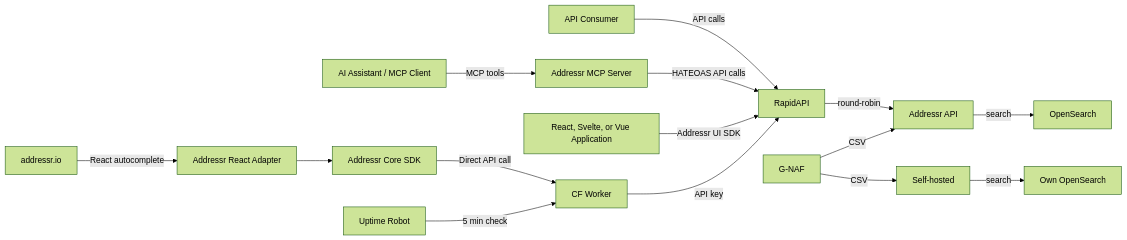
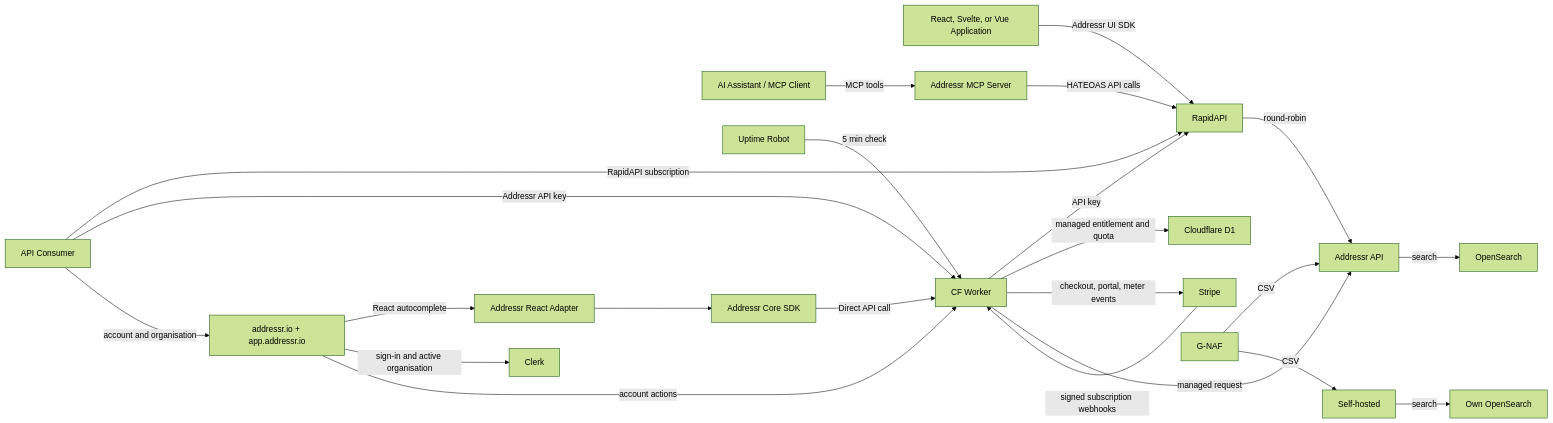
The first of 7 diagrams in docs/architecture/C4_MODEL.md (mountain-pass/addressr), drawn with Mermaid (forest theme) before and after one commit. The commit also changed other lines of this file and 50 other files, not shown here.

Commit message:
feat: add managed API channel foundation

````diff
--- a/docs/architecture/C4_MODEL.md
+++ b/docs/architecture/C4_MODEL.md
@@ -12,30 +12,41 @@
 ```mermaid
 flowchart LR
   apiconsumer[API Consumer]
   mcpconsumer[AI Assistant / MCP Client]
   uiconsumer[React, Svelte, or Vue Application]
-  website[addressr.io]
+  website[addressr.io + app.addressr.io]
   uptimerobot[Uptime Robot]
   cfworker[CF Worker]
+  d1[Cloudflare D1]
+  clerk[Clerk]
+  stripe[Stripe]
   rapidapi[RapidAPI]
   addressr[Addressr API]
   opensearch[OpenSearch]
   gnaf[G-NAF]
   selfhosted[Self-hosted]
   selfos[Own OpenSearch]
 
-  apiconsumer -- API calls --> rapidapi
+  apiconsumer -- RapidAPI subscription --> rapidapi
+  apiconsumer -- Addressr API key --> cfworker
+  apiconsumer -- account and organisation --> website
   mcpconsumer -- MCP tools --> addressrMcp[Addressr MCP Server]
   addressrMcp -- HATEOAS API calls --> rapidapi
   uiconsumer -- Addressr UI SDK --> rapidapi
   website -- React autocomplete --> addressrReact[Addressr React Adapter]
   addressrReact --> addressrCore[Addressr Core SDK]
   addressrCore -- Direct API call --> cfworker
   uptimerobot -- 5 min check --> cfworker
   cfworker -- API key --> rapidapi
+  cfworker -- managed entitlement and quota --> d1
+  website -- sign-in and active organisation --> clerk
+  website -- account actions --> cfworker
+  cfworker -- checkout, portal, meter events --> stripe
+  stripe -- signed subscription webhooks --> cfworker
+  cfworker -- managed request --> addressr
   rapidapi -- round-robin --> addressr
   addressr -- search --> opensearch
   gnaf -- CSV --> addressr
   gnaf -- CSV --> selfhosted
   selfhosted -- search --> selfos
 ```
````
